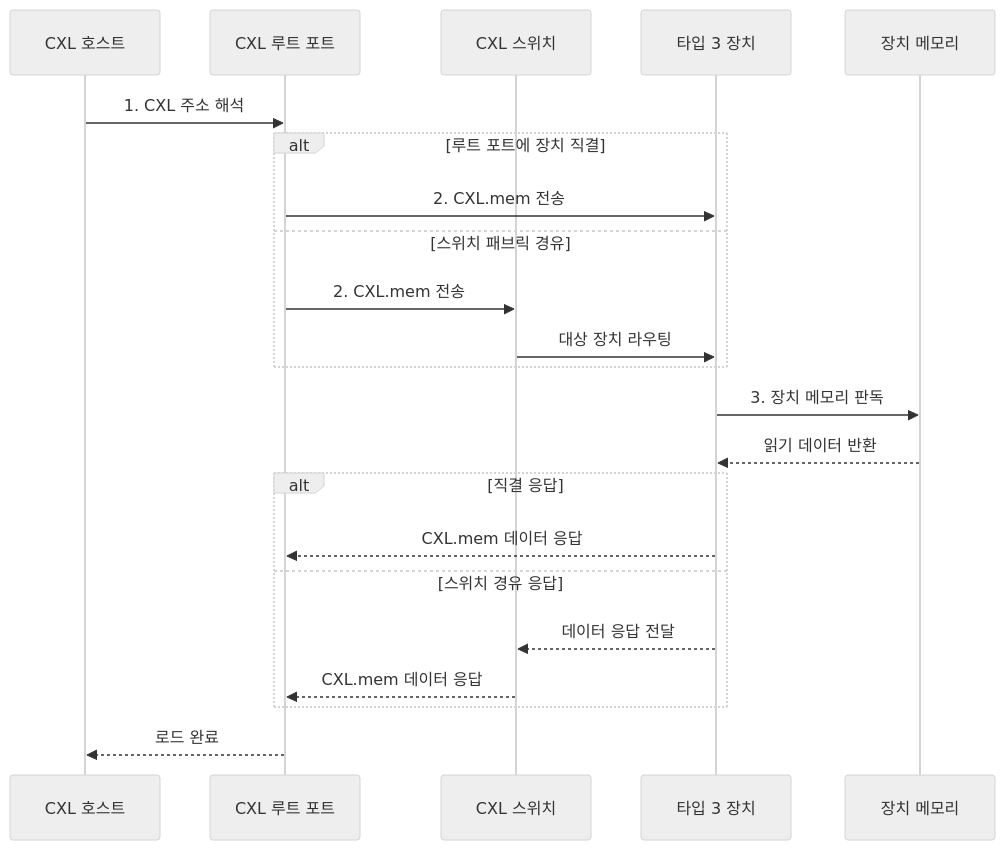
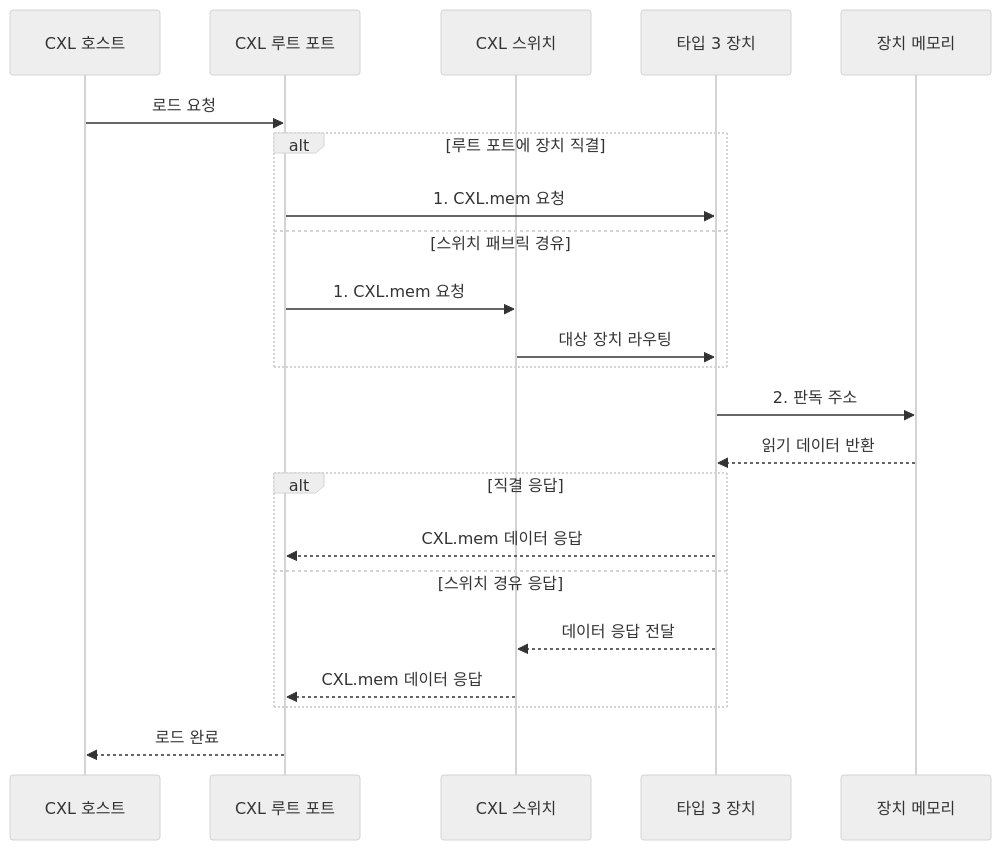
One commit to agnusdei1207/knowledge-base changed the second of 2 diagrams in src/content/docs/notes/02-hardware/028_cxl.md. Above: the diagram before and after it, drawn with Mermaid (neutral theme). The commit also changed other lines of this file and 20 other files, not shown here.

````diff
--- a/src/content/docs/notes/02-hardware/028_cxl.md
+++ b/src/content/docs/notes/02-hardware/028_cxl.md
@@ -86,25 +90,25 @@
 ```mermaid
 sequenceDiagram
     participant H as CXL 호스트
     participant R as CXL 루트 포트
     participant S as CXL 스위치
     participant D as 타입 3 장치
     participant M as 장치 메모리
 
-    H->>R: 1. CXL 주소 해석
+    H->>R: 로드 요청
     alt 루트 포트에 장치 직결
-        R->>D: 2. CXL.mem 전송
+        R->>D: 1. CXL.mem 요청
     else 스위치 패브릭 경유
-        R->>S: 2. CXL.mem 전송
+        R->>S: 1. CXL.mem 요청
         S->>D: 대상 장치 라우팅
     end
-    D->>M: 3. 장치 메모리 판독
+    D->>M: 2. 판독 주소
     M-->>D: 읽기 데이터 반환
     alt 직결 응답
         D-->>R: CXL.mem 데이터 응답
     else 스위치 경유 응답
         D-->>S: 데이터 응답 전달
         S-->>R: CXL.mem 데이터 응답
     end
     R-->>H: 로드 완료
 ```
````
